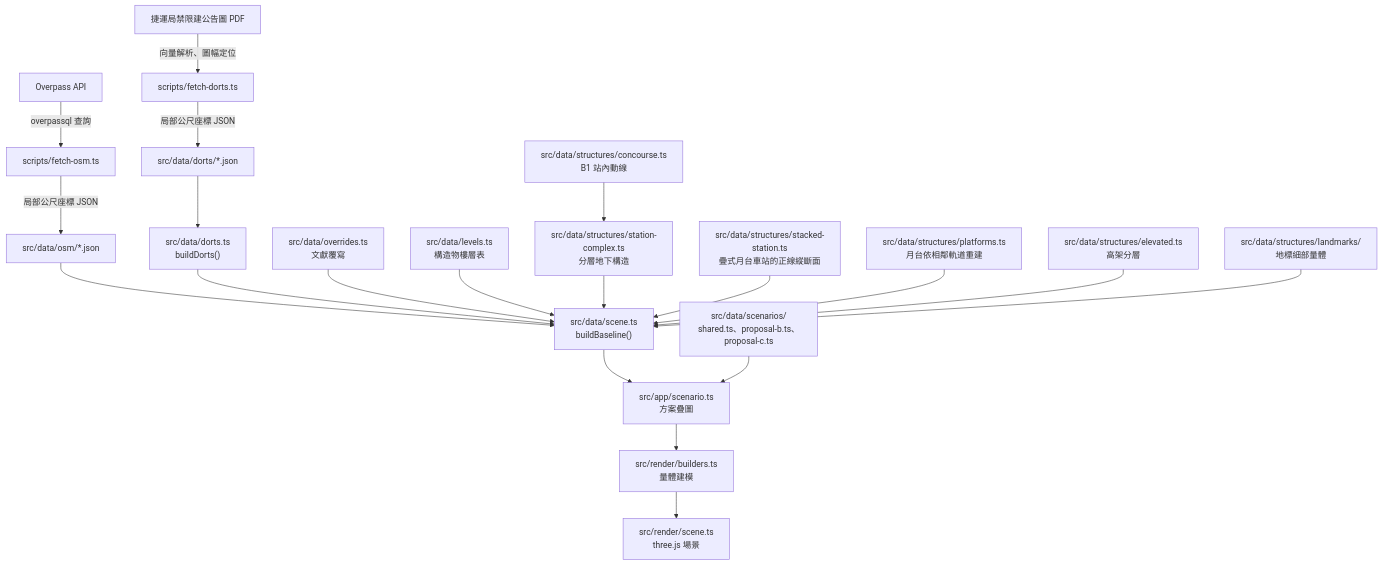
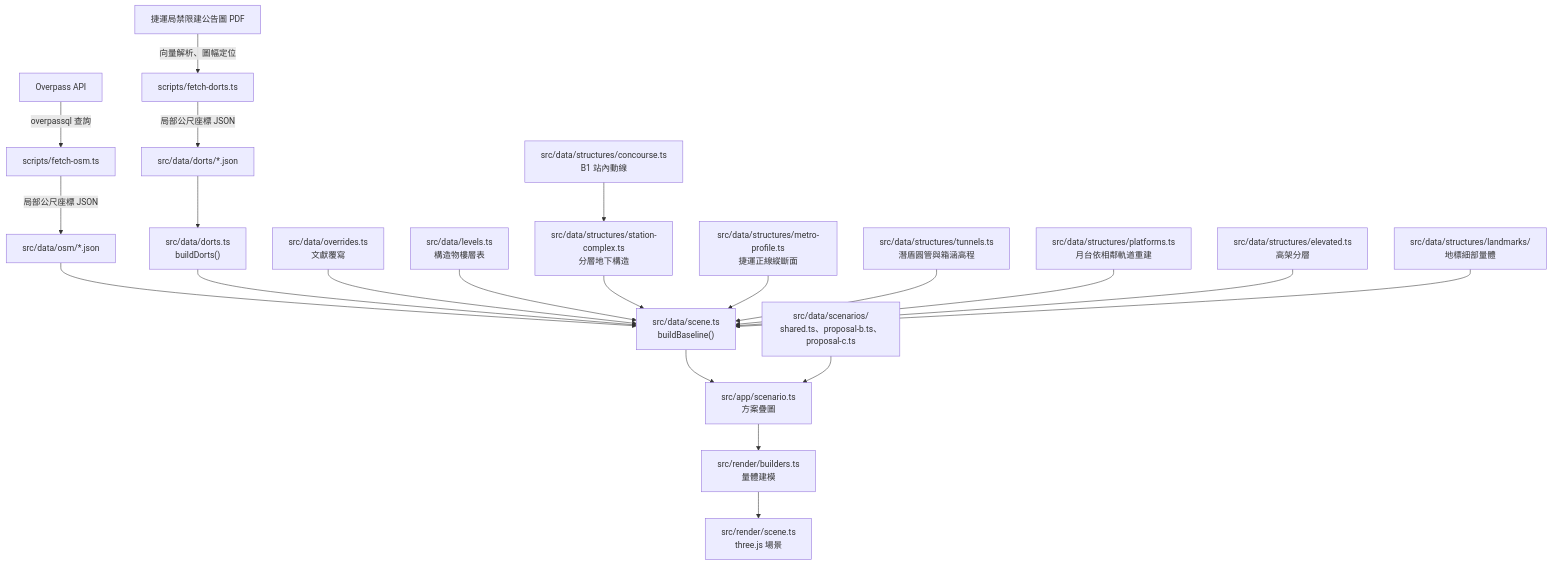
The diagram in docs/architecture.md (rschiang/kitameet), drawn with Mermaid before and after one commit. The commit also changed other lines of this file and 26 other files, not shown here.

````diff
--- a/docs/architecture.md
+++ b/docs/architecture.md
@@ -7,22 +7,23 @@
 ```mermaid
 graph TD
     overpass["Overpass API"] -- "overpassql 查詢" --> fetch["scripts/fetch-osm.ts"]
     fetch -- "局部公尺座標 JSON" --> osm["src/data/osm/*.json"]
     dortspdf["捷運局禁限建公告圖 PDF"] -- "向量解析、圖幅定位" --> fetchd["scripts/fetch-dorts.ts"]
     fetchd -- "局部公尺座標 JSON" --> dorts["src/data/dorts/*.json"]
     osm --> scene["src/data/scene.ts<br/>buildBaseline()"]
     dorts --> dortsmod["src/data/dorts.ts<br/>buildDorts()"]
     dortsmod --> scene
     overrides["src/data/overrides.ts<br/>文獻覆寫"] --> scene
     levels["src/data/levels.ts<br/>構造物樓層表"] --> scene
     structures["src/data/structures/station-complex.ts<br/>分層地下構造"] --> scene
     concourse["src/data/structures/concourse.ts<br/>B1 站內動線"] --> structures
-    stacked["src/data/structures/stacked-station.ts<br/>疊式月台車站的正線縱斷面"] --> scene
+    profile["src/data/structures/metro-profile.ts<br/>捷運正線縱斷面"] --> scene
+    tunnels["src/data/structures/tunnels.ts<br/>潛盾圓管與箱涵高程"] --> scene
     platforms["src/data/structures/platforms.ts<br/>月台依相鄰軌道重建"] --> scene
     elevated["src/data/structures/elevated.ts<br/>高架分層"] --> scene
     landmarks["src/data/structures/landmarks/<br/>地標細部量體"] --> scene
     scene --> scenario["src/app/scenario.ts<br/>方案疊圖"]
     proposal["src/data/scenarios/<br/>shared.ts、proposal-b.ts、proposal-c.ts"] --> scenario
     scenario --> builders["src/render/builders.ts<br/>量體建模"]
     builders --> viewer["src/render/scene.ts<br/>three.js 場景"]
 ```
````
